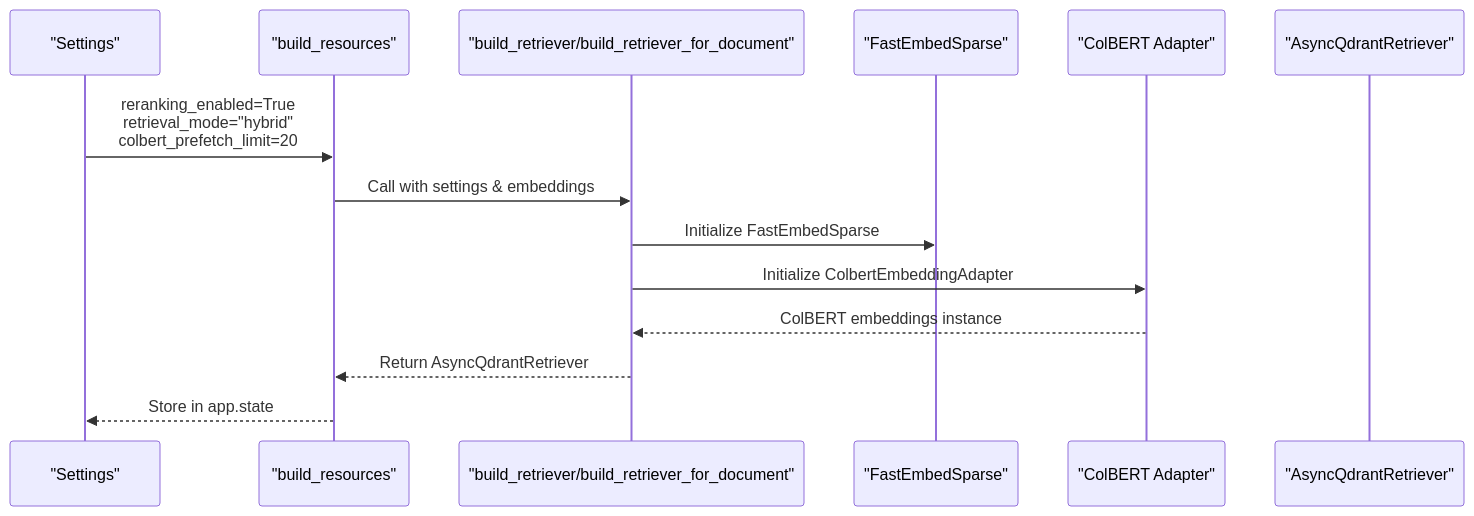
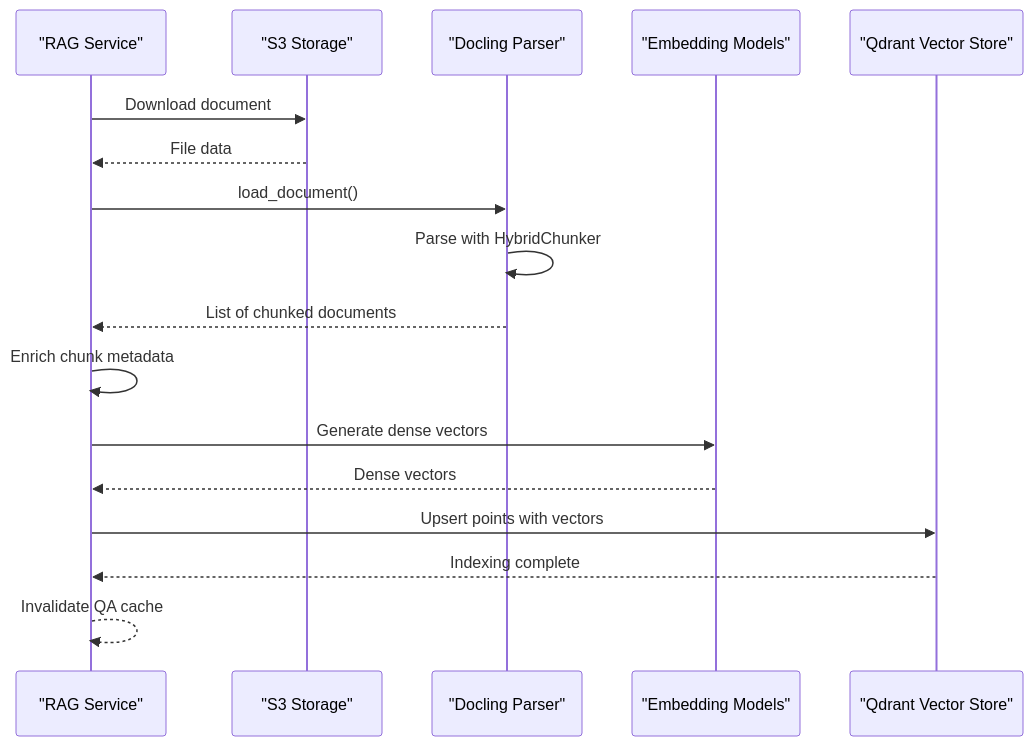
The sixth of 8 diagrams in .qoder/repowiki/en/content/RAG Integration/RAG Parser Enhancement.md (ognelis/cafetera_hr_bot), drawn with Mermaid before and after one commit. The commit also changed other lines of this file and 69 other files, not shown here.

Commit message:
CAFETERA-62 Implemented RAG service

````diff
--- a/.qoder/repowiki/en/content/RAG Integration/RAG Parser Enhancement.md
+++ b/.qoder/repowiki/en/content/RAG Integration/RAG Parser Enhancement.md
@@ -265,16 +268,19 @@
 ```mermaid
 sequenceDiagram
-participant Settings as "Settings"
-participant Resources as "build_resources"
-participant Retriever as "build_retriever/build_retriever_for_document"
-participant Sparse as "FastEmbedSparse"
-participant ColBERT as "ColBERT Adapter"
-participant Hybrid as "AsyncQdrantRetriever"
-Settings->>Resources : reranking_enabled=True<br/>retrieval_mode="hybrid"<br/>colbert_prefetch_limit=20
-Resources->>Retriever : Call with settings & embeddings
-Retriever->>Sparse : Initialize FastEmbedSparse
-Retriever->>ColBERT : Initialize ColbertEmbeddingAdapter
-ColBERT-->>Retriever : ColBERT embeddings instance
-Retriever-->>Resources : Return AsyncQdrantRetriever
-Resources-->>Settings : Store in app.state
+participant Service as "RAG Service"
+participant S3 as "S3 Storage"
+participant Parser as "Docling Parser"
+participant Embeddings as "Embedding Models"
+participant Qdrant as "Qdrant Vector Store"
+Service->>S3 : Download document
+S3-->>Service : File data
+Service->>Parser : load_document()
+Parser->>Parser : Parse with HybridChunker
+Parser-->>Service : List of chunked documents
+Service->>Service : Enrich chunk metadata
+Service->>Embeddings : Generate dense vectors
+Embeddings-->>Service : Dense vectors
+Service->>Qdrant : Upsert points with vectors
+Qdrant-->>Service : Indexing complete
+Service-->>Service : Invalidate QA cache
 ```
````
